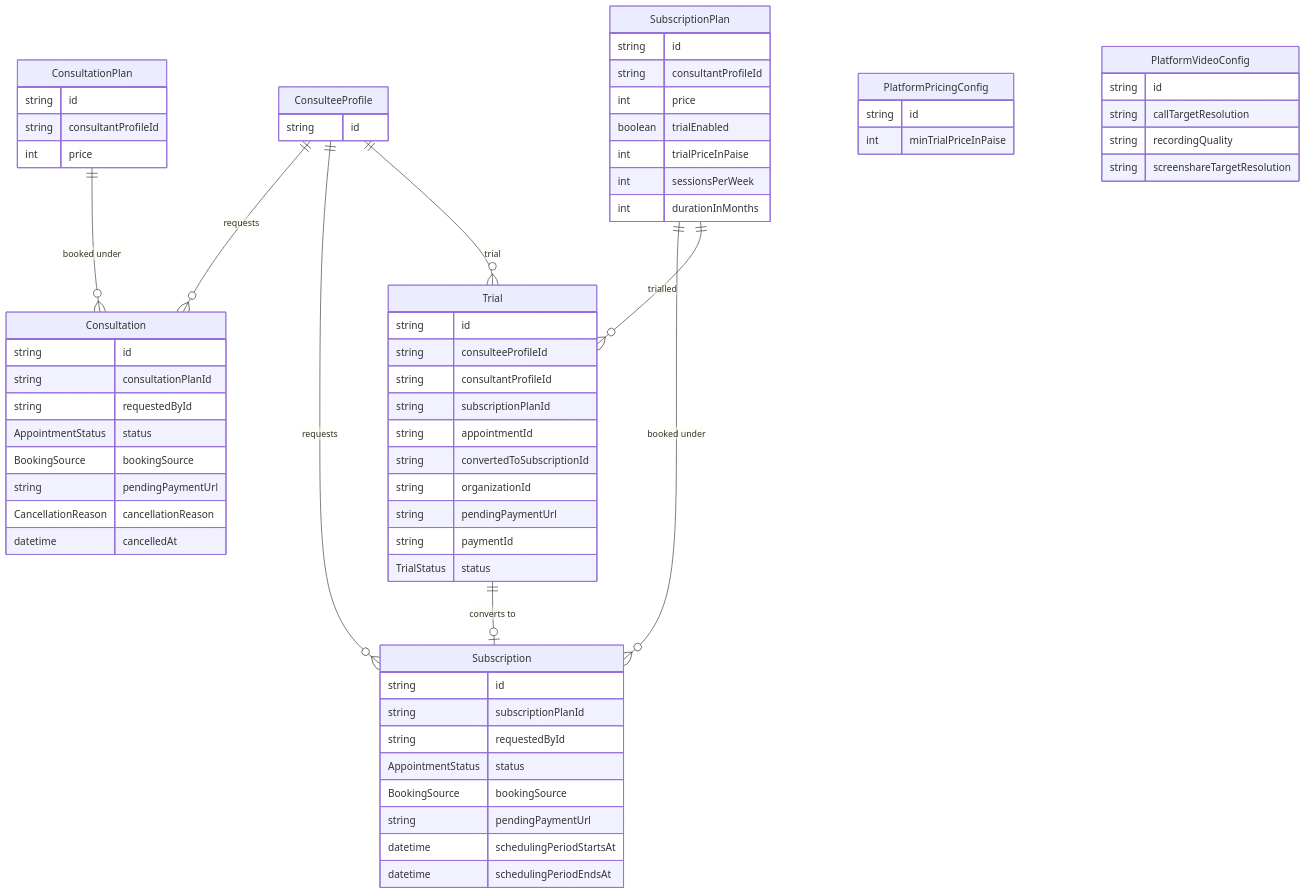
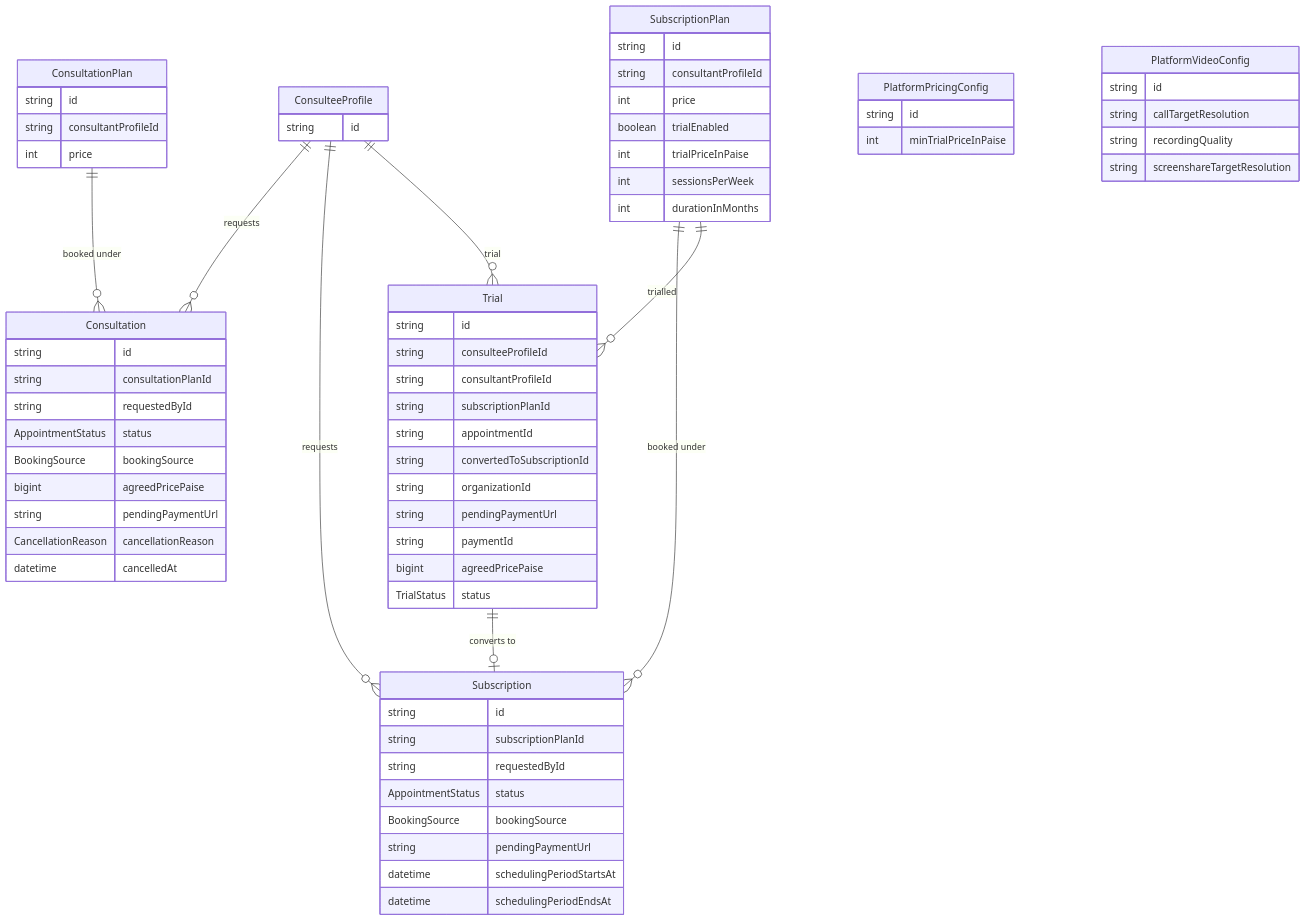
The ninth of 24 diagrams in docs/prisma/00-schema-map.md (Practitionist/familiarise_web), drawn with Mermaid before and after one commit. The commit also changed other lines of this file and 79 other files, not shown here.

````diff
--- a/docs/prisma/00-schema-map.md
+++ b/docs/prisma/00-schema-map.md
@@ -647,70 +647,72 @@
 ```mermaid
 erDiagram
     ConsulteeProfile {
         string id
     }
     ConsultationPlan {
         string id
         string consultantProfileId
         int price
     }
     Consultation {
         string id
         string consultationPlanId
         string requestedById
         AppointmentStatus status
         BookingSource bookingSource
+        bigint agreedPricePaise
         string pendingPaymentUrl
         CancellationReason cancellationReason
         datetime cancelledAt
     }
     SubscriptionPlan {
         string id
         string consultantProfileId
         int price
         boolean trialEnabled
         int trialPriceInPaise
         int sessionsPerWeek
         int durationInMonths
     }
     Subscription {
         string id
         string subscriptionPlanId
         string requestedById
         AppointmentStatus status
         BookingSource bookingSource
         string pendingPaymentUrl
         datetime schedulingPeriodStartsAt
         datetime schedulingPeriodEndsAt
     }
     Trial {
         string id
         string consulteeProfileId
         string consultantProfileId
         string subscriptionPlanId
         string appointmentId
         string convertedToSubscriptionId
         string organizationId
         string pendingPaymentUrl
         string paymentId
+        bigint agreedPricePaise
         TrialStatus status
     }
     PlatformPricingConfig {
         string id
         int minTrialPriceInPaise
     }
     PlatformVideoConfig {
         string id
         string callTargetResolution
         string recordingQuality
         string screenshareTargetResolution
     }
 
     ConsulteeProfile ||--o{ Consultation : "requests"
     ConsultationPlan ||--o{ Consultation : "booked under"
     ConsulteeProfile ||--o{ Subscription : "requests"
     SubscriptionPlan ||--o{ Subscription : "booked under"
     ConsulteeProfile ||--o{ Trial : "trial"
     SubscriptionPlan ||--o{ Trial : "trialled"
     Trial ||--o| Subscription : "converts to"
 ```
````
